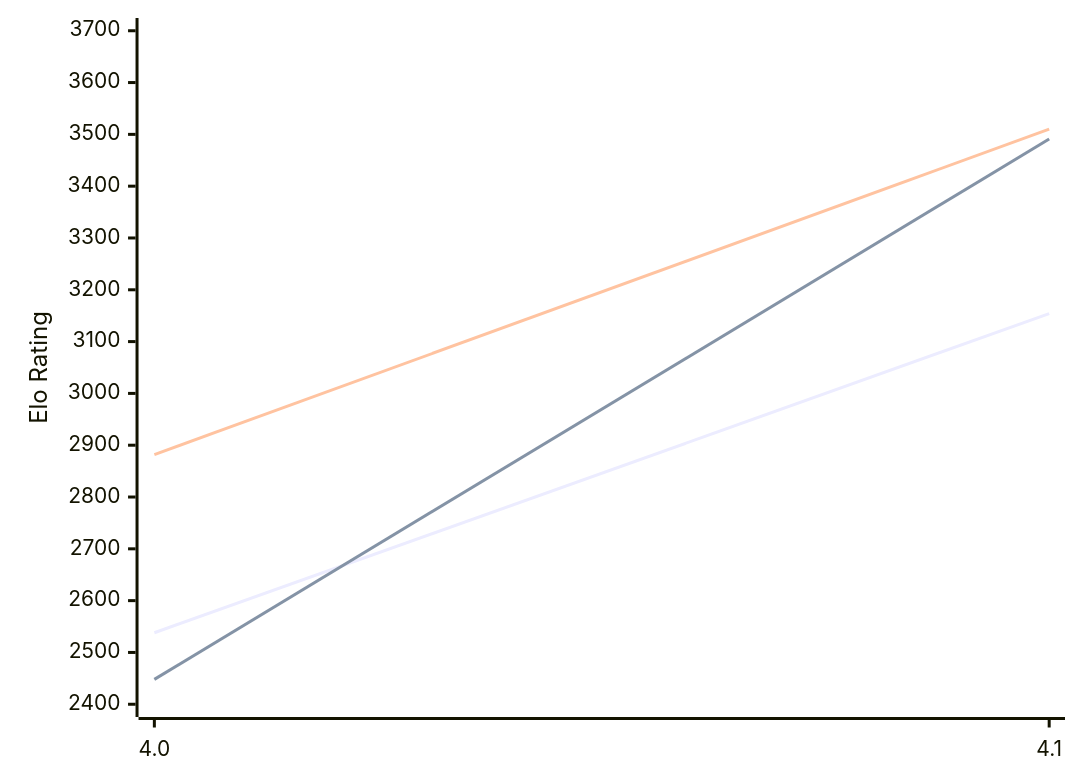
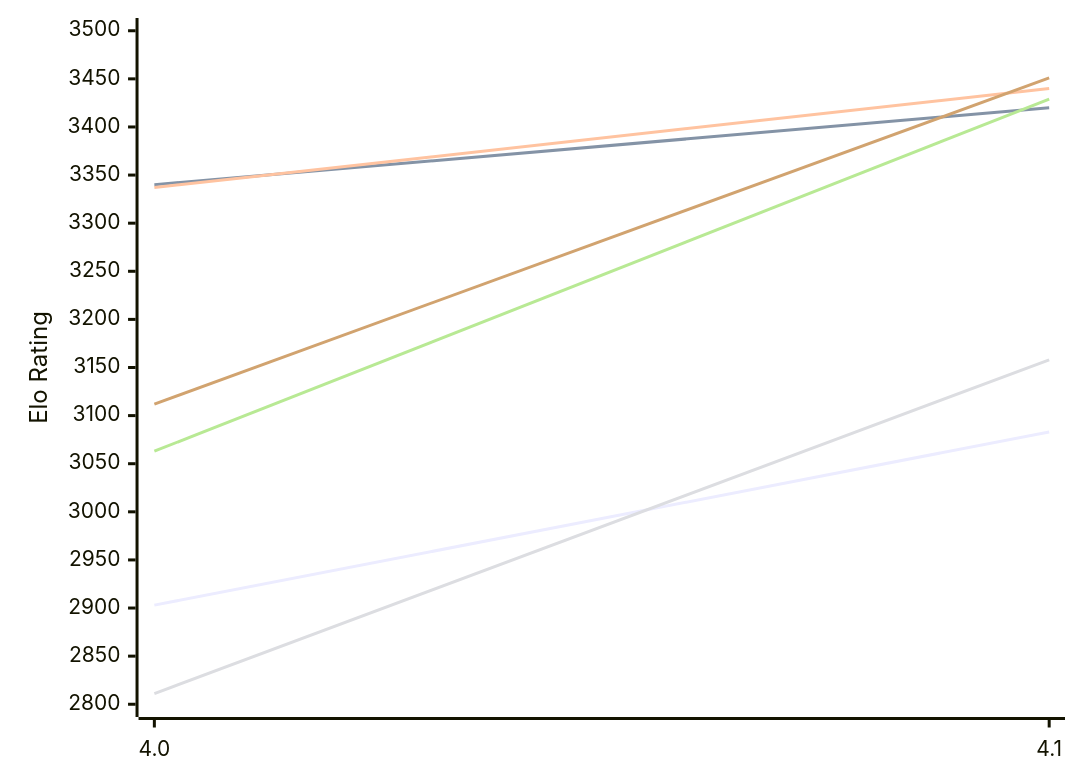
Before and after one commit to computer-chess-index/cci: the first of 2 diagrams in engines/Eleanor.md, drawn with Mermaid. The commit also changed other lines of this file, not shown here.

Commit message:
Update CCI Ratings (ELO VLTC) - 2026-11-13

````diff
--- a/engines/Eleanor.md
+++ b/engines/Eleanor.md
@@ -51,12 +51,12 @@
 ```mermaid
 %%{init: {"theme":"base","themeVariables":{"seriesColors:['#a3a3a3','#222221','#faa371']}}}%%
 xychart-beta
   x-axis ["4.0", "4.1"]
-  y-axis "Elo Rating" 2400 --> 3700
-  line "E1: STC (8.0+0.08s)" [2538, 3154]
-  line "E1: LTC (60.0+0.60s)" [2448, 3491]
-  line "E1: VLTC (2m24s+1.12s)" [2882, 3510]
-  line "P1: STC (8.0+0.08s)" [3325]
-  line "P1: LTC (60.0+0.60s)" [3596]
-  line "P1: VLTC (2m24s+1.12s)" [3618]
+  y-axis "Elo Rating" 2800 --> 3500
+  line "E1: STC (8.0+0.08s)" [2903, 3083]
+  line "E1: LTC (60.0+0.60s)" [3340, 3420]
+  line "E1: VLTC (2m24s+1.12s)" [3337, 3440]
+  line "P1: STC (8.0+0.08s)" [2811, 3158]
+  line "P1: LTC (60.0+0.60s)" [3063, 3429]
+  line "P1: VLTC (2m24s+1.12s)" [3112, 3451]
 ```
````
